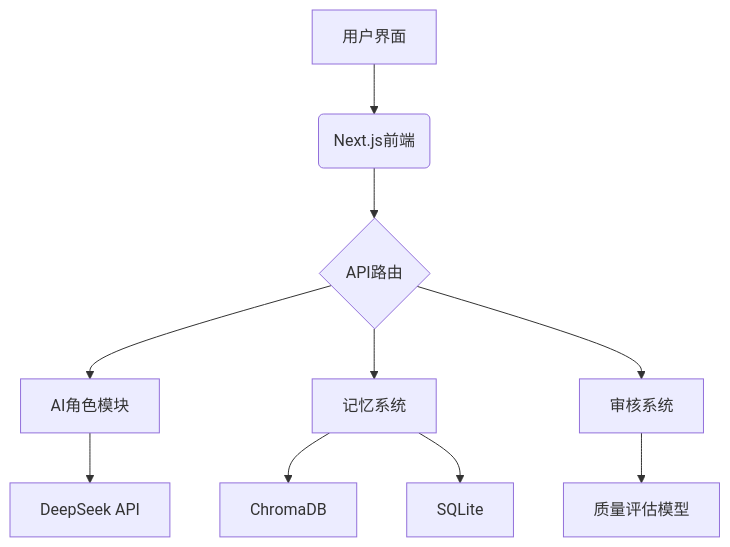
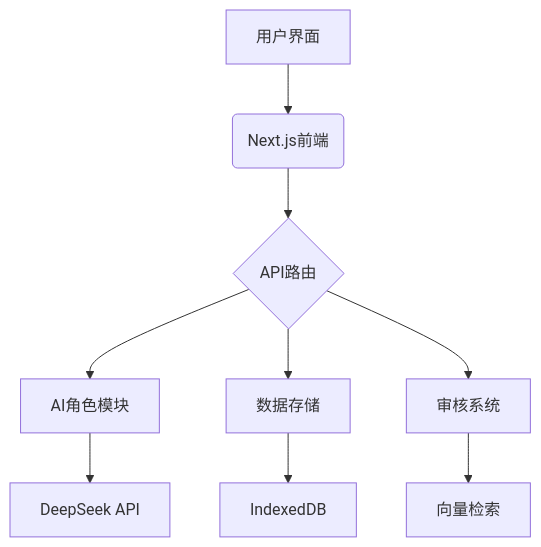
One commit to danhuaxiansheng/ai-project changed the first of 2 diagrams in tale-weaver/README.md. Above: the diagram before and after it, drawn with Mermaid. The commit also changed other lines of this file and 33 other files, not shown here.

````diff
--- a/tale-weaver/README.md
+++ b/tale-weaver/README.md
@@ -18,12 +18,11 @@
 ```mermaid
 graph TD
     A[用户界面] --> B(Next.js前端)
     B --> C{API路由}
     C --> D[AI角色模块]
-    C --> E[记忆系统]
+    C --> E[数据存储]
     C --> F[审核系统]
     D --> G[DeepSeek API]
-    E --> I[ChromaDB]
-    E --> J[SQLite]
-    F --> K[质量评估模型]
+    E --> H[IndexedDB]
+    F --> I[向量检索]
 ```
````
